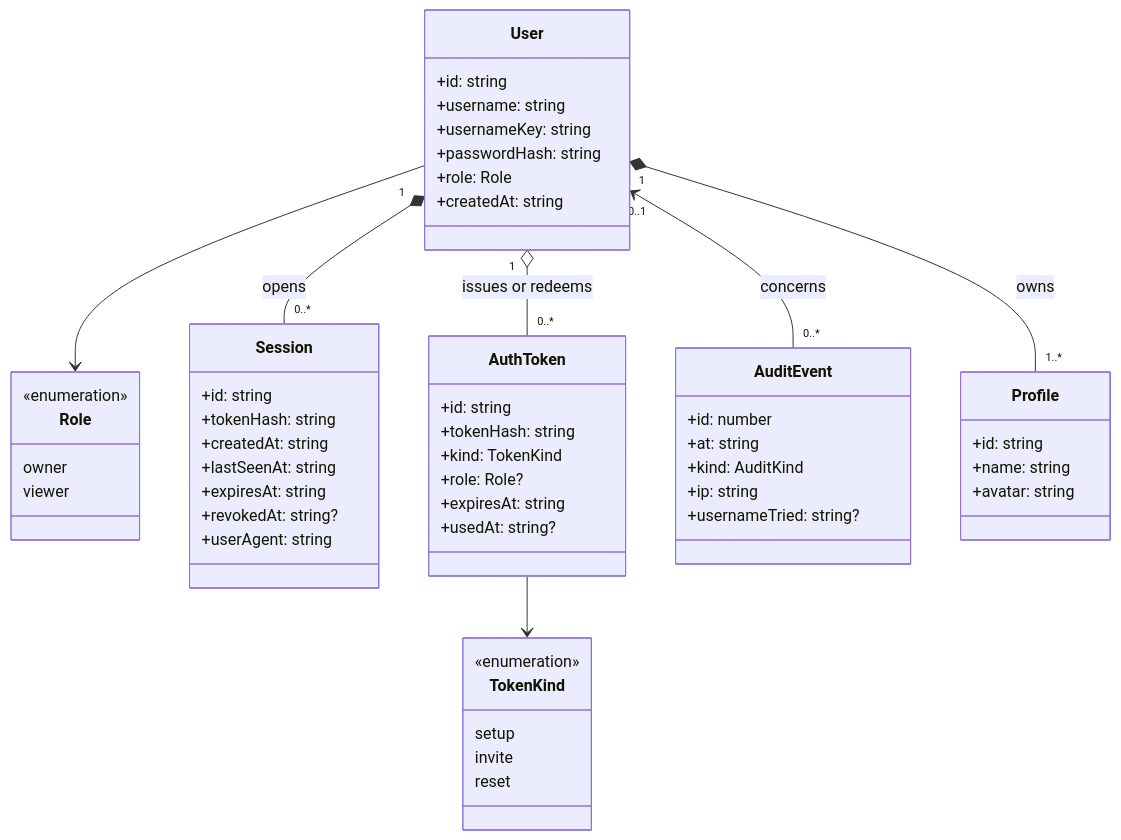
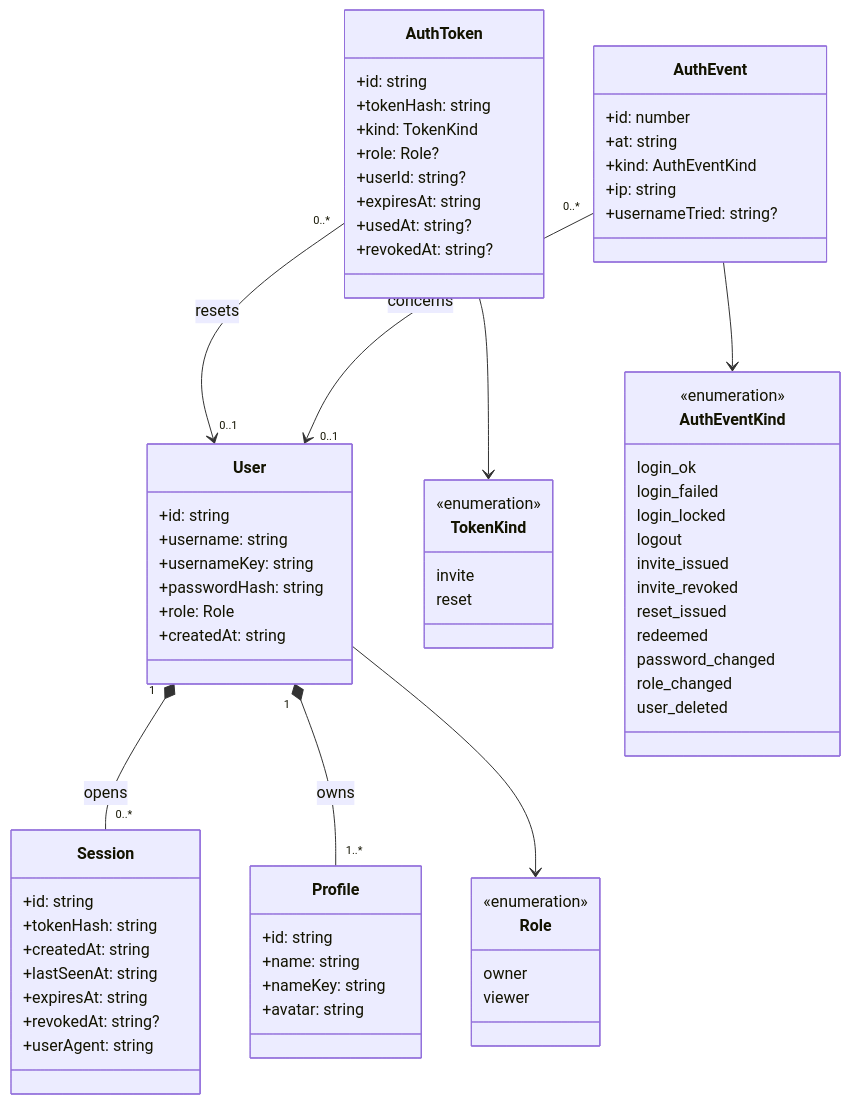
One commit to benoit-bremaud/popcorntv changed the diagram in docs/architecture/diagrams/auth/04-class.md. Above: the diagram before and after it, drawn with Mermaid. The commit also changed other lines of this file and 11 other files, not shown here.

````diff
--- a/docs/architecture/diagrams/auth/04-class.md
+++ b/docs/architecture/diagrams/auth/04-class.md
@@ -13,58 +13,75 @@
 ```mermaid
 classDiagram
   class User {
     +id: string
     +username: string
     +usernameKey: string
     +passwordHash: string
     +role: Role
     +createdAt: string
   }
   class Role {
     <<enumeration>>
     owner
     viewer
   }
   class Session {
     +id: string
     +tokenHash: string
     +createdAt: string
     +lastSeenAt: string
     +expiresAt: string
     +revokedAt: string?
     +userAgent: string
   }
   class AuthToken {
     +id: string
     +tokenHash: string
     +kind: TokenKind
     +role: Role?
+    +userId: string?
     +expiresAt: string
     +usedAt: string?
+    +revokedAt: string?
   }
   class TokenKind {
     <<enumeration>>
-    setup
     invite
     reset
   }
-  class AuditEvent {
+  class AuthEvent {
     +id: number
     +at: string
-    +kind: AuditKind
+    +kind: AuthEventKind
     +ip: string
     +usernameTried: string?
+  }
+  class AuthEventKind {
+    <<enumeration>>
+    login_ok
+    login_failed
+    login_locked
+    logout
+    invite_issued
+    invite_revoked
+    reset_issued
+    redeemed
+    password_changed
+    role_changed
+    user_deleted
   }
   class Profile {
     +id: string
     +name: string
+    +nameKey: string
     +avatar: string
   }
 
   User "1" *-- "0..*" Session : opens
   User "1" *-- "1..*" Profile : owns
-  User "1" o-- "0..*" AuthToken : issues or redeems
-  User "0..1" <-- "0..*" AuditEvent : concerns
+  AuthToken "0..*" --> "0..1" User : resets
+  AuthEvent "0..*" --> "0..1" User : concerns
   User --> Role
   AuthToken --> TokenKind
+  AuthEvent --> AuthEventKind
 ```
````
